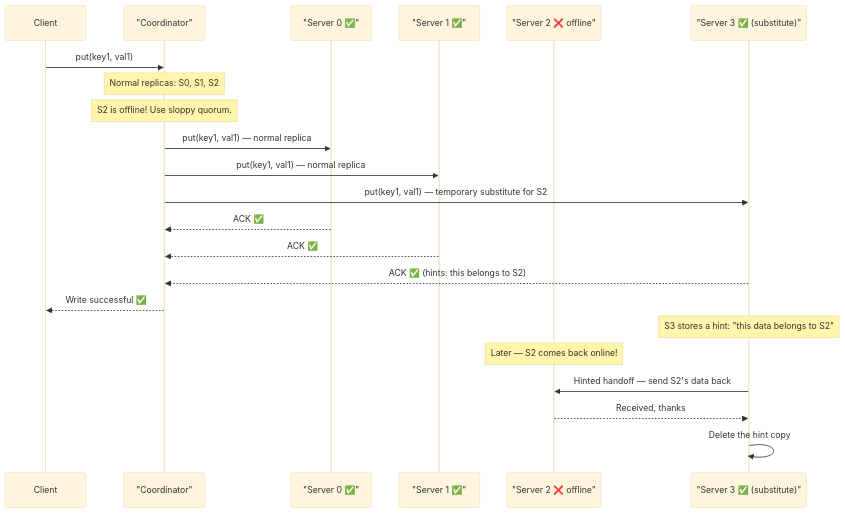
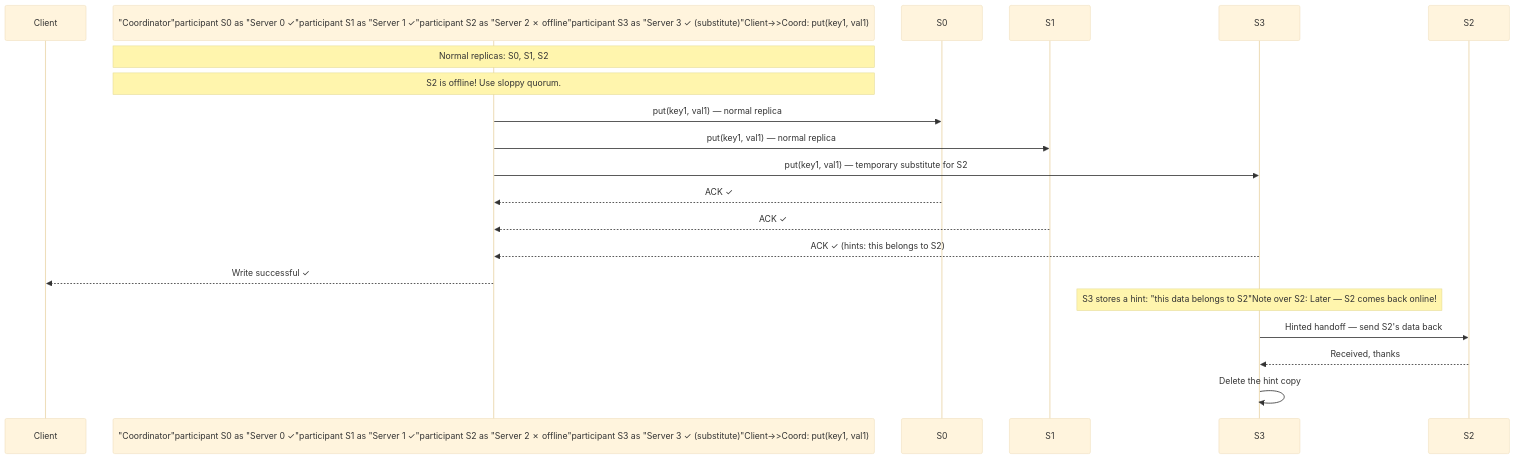
One commit to devops-monk/system-design-blog changed diagram 13 of 22 in content/posts/2026/design-a-key-value-store.md. Above: the diagram before and after it, drawn with Mermaid (base theme). The commit also changed other lines of this file and 5 other files, not shown here.

````diff
--- a/content/posts/2026/design-a-key-value-store.md
+++ b/content/posts/2026/design-a-key-value-store.md
@@ -457,27 +431,19 @@
 ```mermaid
 sequenceDiagram
     participant Client
-    participant Coord as "Coordinator"
-    participant S0 as "Server 0 ✅"
-    participant S1 as "Server 1 ✅"
-    participant S2 as "Server 2 ❌ offline"
-    participant S3 as "Server 3 ✅ (substitute)"
-
-    Client->>Coord: put(key1, val1)
+    participant Coord as "Coordinator"participant S0 as "Server 0 ✓"participant S1 as "Server 1 ✓"participant S2 as "Server 2 ✗ offline"participant S3 as "Server 3 ✓ (substitute)"Client->>Coord: put(key1, val1)
     Note over Coord: Normal replicas: S0, S1, S2
     Note over Coord: S2 is offline! Use sloppy quorum.
     Coord->>S0: put(key1, val1) — normal replica
     Coord->>S1: put(key1, val1) — normal replica
     Coord->>S3: put(key1, val1) — temporary substitute for S2
-    S0-->>Coord: ACK ✅
-    S1-->>Coord: ACK ✅
-    S3-->>Coord: ACK ✅ (hints: this belongs to S2)
-    Coord-->>Client: Write successful ✅
+    S0-->>Coord: ACK ✓
+    S1-->>Coord: ACK ✓
+    S3-->>Coord: ACK ✓ (hints: this belongs to S2)
+    Coord-->>Client: Write successful ✓
 
-    Note over S3: S3 stores a hint: "this data belongs to S2"
-
-    Note over S2: Later — S2 comes back online!
+    Note over S3: S3 stores a hint: "this data belongs to S2"Note over S2: Later — S2 comes back online!
     S3->>S2: Hinted handoff — send S2's data back
     S2-->>S3: Received, thanks
     S3->>S3: Delete the hint copy
 ```
````
